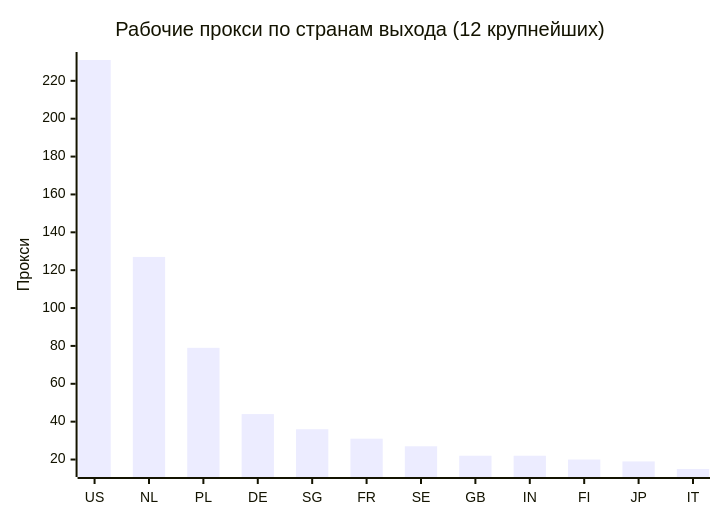
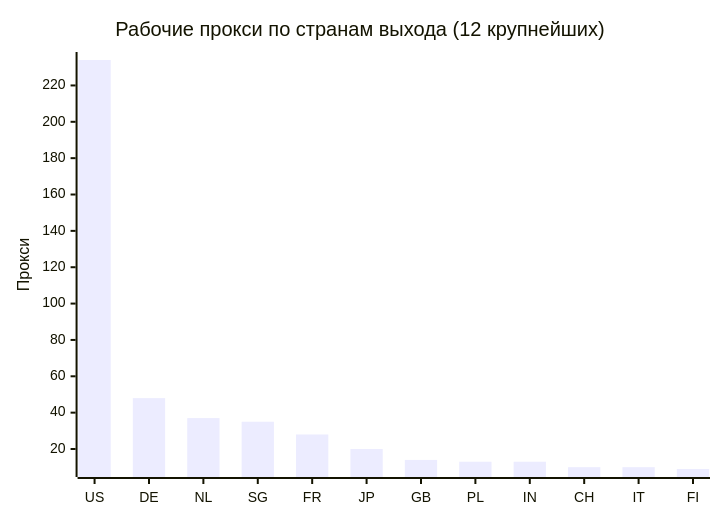
The second of 4 diagrams in README.md (rvvg/proxy-subs), drawn with Mermaid before and after one commit. The commit also changed other lines of this file and 46 other files, not shown here.

````diff
--- a/README.md
+++ b/README.md
@@ -127,7 +121,7 @@
 ```mermaid
 xychart-beta
     title "Рабочие прокси по странам выхода (12 крупнейших)"
-    x-axis ["US", "NL", "PL", "DE", "SG", "FR", "SE", "GB", "IN", "FI", "JP", "IT"]
+    x-axis ["US", "DE", "NL", "SG", "FR", "JP", "GB", "PL", "IN", "CH", "IT", "FI"]
     y-axis "Прокси"
-    bar [231, 127, 79, 44, 36, 31, 27, 22, 22, 20, 19, 15]
+    bar [234, 48, 37, 35, 28, 20, 14, 13, 13, 10, 10, 9]
 ```
````
